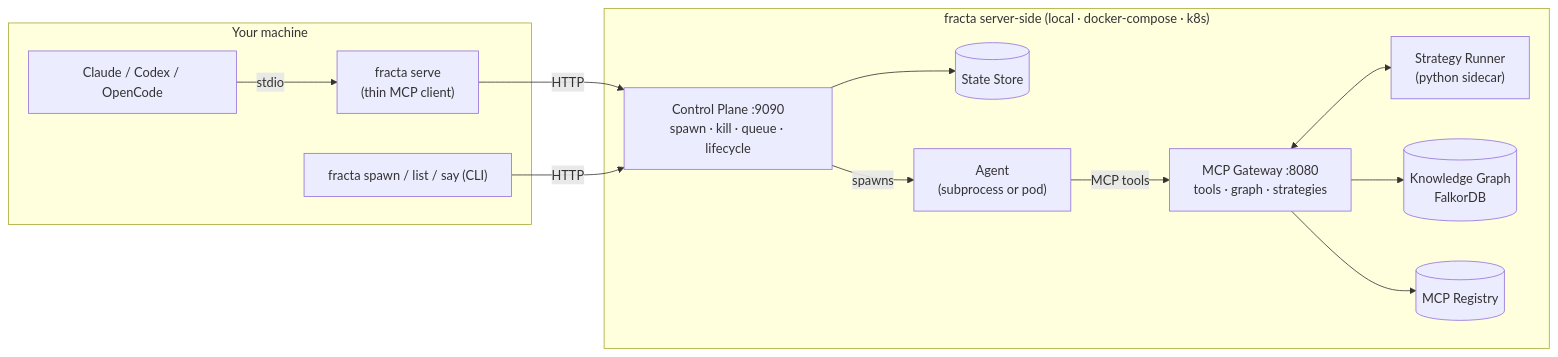
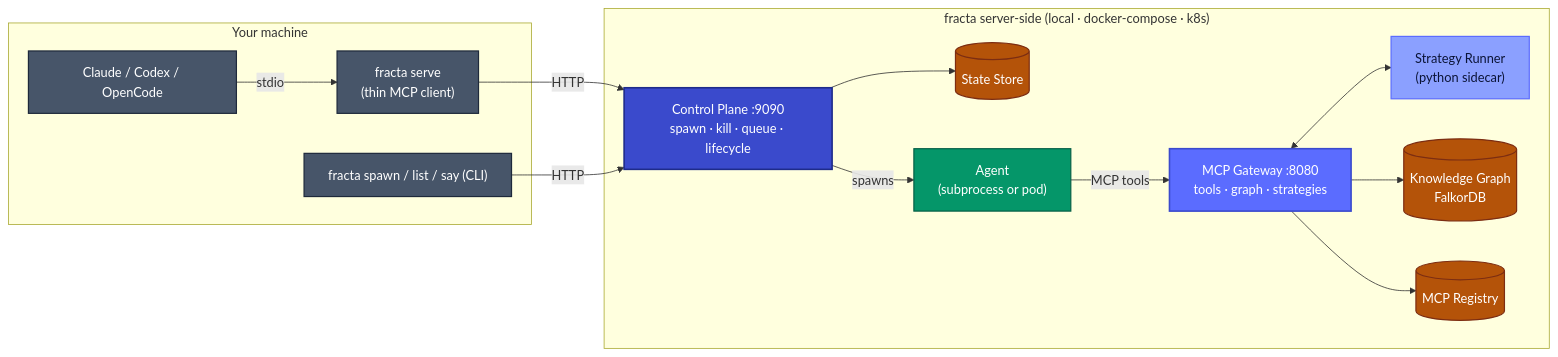
The first of 2 diagrams in README.md (darkquasar/fracta), drawn with Mermaid before and after one commit. The commit also changed other lines of this file, not shown here.

````diff
--- a/README.md
+++ b/README.md
@@ -44,28 +44,35 @@
 ```mermaid
 flowchart LR
+    classDef client fill:#475569,stroke:#1e293b,color:#fff,stroke-width:1.5px
+    classDef cp fill:#3A4ACC,stroke:#1e2b8a,color:#fff,stroke-width:2px
+    classDef gw fill:#5B6CFF,stroke:#3A4ACC,color:#fff,stroke-width:2px
+    classDef sidecar fill:#8BA0FF,stroke:#5B6CFF,color:#0b1437,stroke-width:1.5px
+    classDef store fill:#b45309,stroke:#7c2d12,color:#fff,stroke-width:1.5px
+    classDef agent fill:#059669,stroke:#065f46,color:#fff,stroke-width:1.5px
+
     subgraph user["Your machine"]
-        CLI["Claude / Codex / OpenCode"]
-        SERVE["fracta serve<br/>(thin MCP client)"]
-        SPAWN["fracta spawn / list / say (CLI)"]
+        CLI["Claude / Codex / OpenCode"]:::client
+        SERVE["fracta serve<br/>(thin MCP client)"]:::client
+        SPAWN["fracta spawn / list / say (CLI)"]:::client
         CLI -->|stdio| SERVE
     end
 
     subgraph server["fracta server-side (local · docker-compose · k8s)"]
-        CP["Control Plane :9090<br/>spawn · kill · queue · lifecycle"]
-        GW["MCP Gateway :8080<br/>tools · graph · strategies"]
-        SR["Strategy Runner<br/>(python sidecar)"]
-        SS[("State Store")]
-        KG[("Knowledge Graph<br/>FalkorDB")]
-        REG[("MCP Registry")]
-        AGENT["Agent<br/>(subprocess or pod)"]
+        CP["Control Plane :9090<br/>spawn · kill · queue · lifecycle"]:::cp
+        GW["MCP Gateway :8080<br/>tools · graph · strategies"]:::gw
+        SR["Strategy Runner<br/>(python sidecar)"]:::sidecar
+        SS[("State Store")]:::store
+        KG[("Knowledge Graph<br/>FalkorDB")]:::store
+        REG[("MCP Registry")]:::store
+        AGENT["Agent<br/>(subprocess or pod)"]:::agent
         CP --> SS
         GW --> KG
         GW --> REG
         GW <--> SR
         CP -->|spawns| AGENT
         AGENT -->|MCP tools| GW
     end
 
     SERVE -->|HTTP| CP
     SPAWN -->|HTTP| CP
 ```
````
